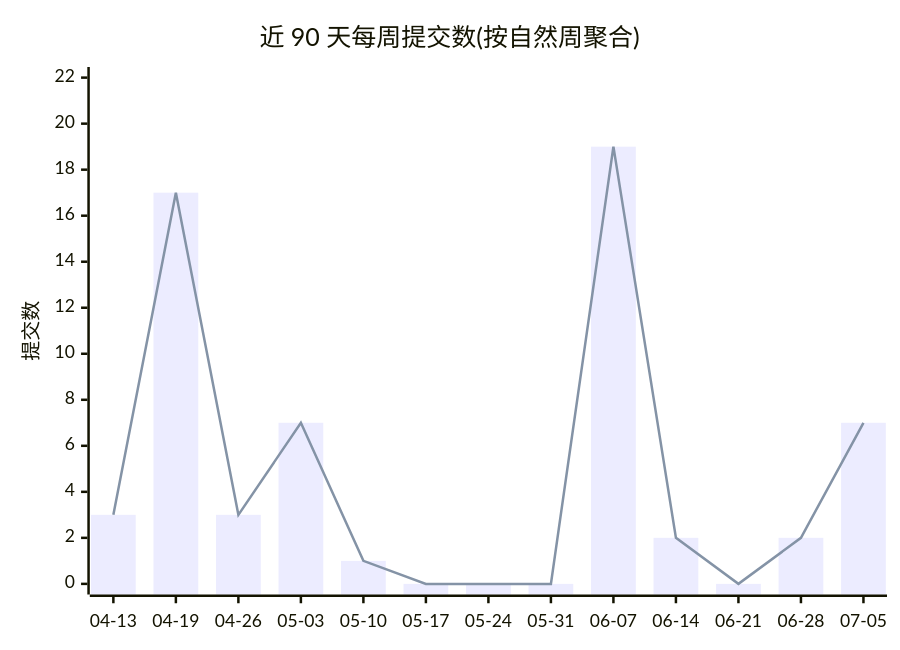
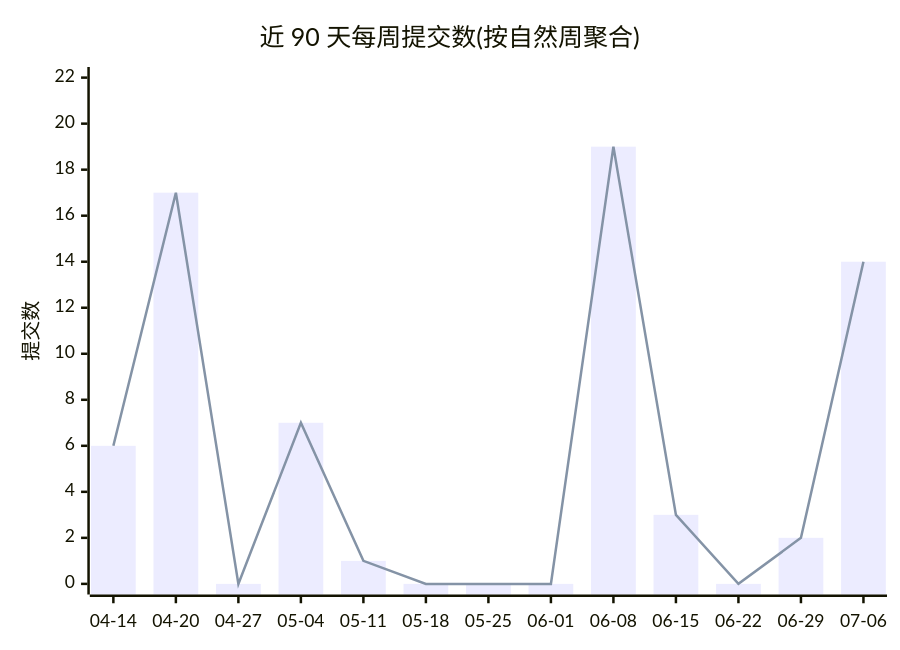
The first of 2 diagrams in profile/README.md (Conflux-Union/.github), drawn with Mermaid before and after one commit. The commit also changed other lines of this file and 1 other file, not shown here.

````diff
--- a/profile/README.md
+++ b/profile/README.md
@@ -44,8 +44,8 @@
 ```mermaid
 xychart-beta
     title "近 90 天每周提交数(按自然周聚合)"
-    x-axis ["04-13", "04-19", "04-26", "05-03", "05-10", "05-17", "05-24", "05-31", "06-07", "06-14", "06-21", "06-28", "07-05"]
+    x-axis ["04-14", "04-20", "04-27", "05-04", "05-11", "05-18", "05-25", "06-01", "06-08", "06-15", "06-22", "06-29", "07-06"]
     y-axis "提交数" 0 --> 22
-    bar [3, 17, 3, 7, 1, 0, 0, 0, 19, 2, 0, 2, 7]
-    line [3, 17, 3, 7, 1, 0, 0, 0, 19, 2, 0, 2, 7]
+    bar [6, 17, 0, 7, 1, 0, 0, 0, 19, 3, 0, 2, 14]
+    line [6, 17, 0, 7, 1, 0, 0, 0, 19, 3, 0, 2, 14]
 ```
````
